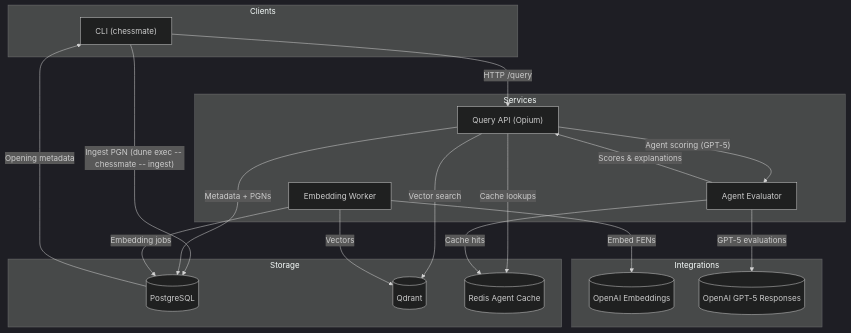
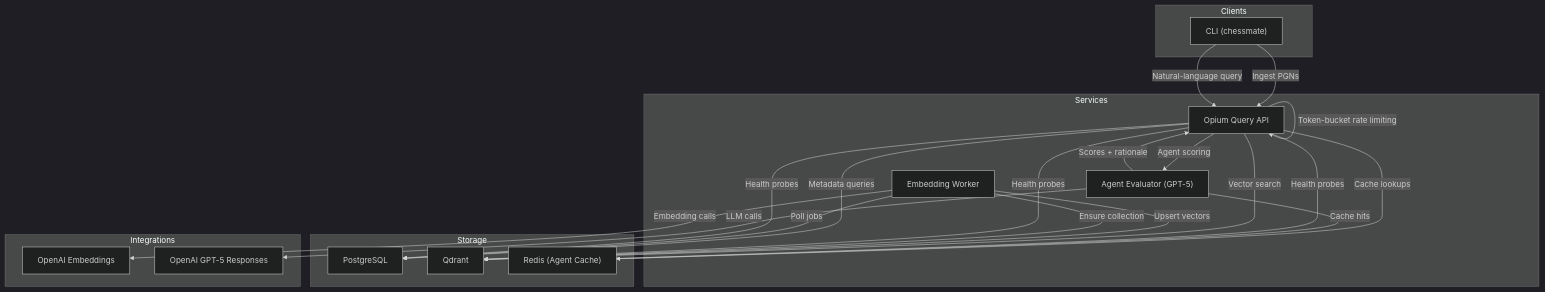
Before and after one commit to HendrikReh/chessmate: the diagram in docs/ARCHITECTURE.md, drawn with Mermaid (dark theme). The commit also changed other lines of this file, not shown here.

Commit message:
docs: refresh architecture overview with modern diagrams and summaries

````diff
--- a/docs/ARCHITECTURE.md
+++ b/docs/ARCHITECTURE.md
@@ -16,37 +23,39 @@
 ```mermaid
 flowchart TD
   subgraph Clients
     CLI["CLI (chessmate)"]
   end
 
   subgraph Services
-    API["Query API (Opium)"]
-    Agent["Agent Evaluator"]
+    API["Opium Query API"]
     Worker["Embedding Worker"]
+    Agent["Agent Evaluator (GPT-5)"]
   end
 
   subgraph Storage
-    PG[("PostgreSQL")]
-    QD[("Qdrant")]
-    Redis[("Redis Agent Cache")]
+    PG["PostgreSQL"]
+    QD["Qdrant"]
+    Redis["Redis (Agent Cache)"]
   end
 
   subgraph Integrations
-    OpenAIEmb[("OpenAI Embeddings")]
-    OpenAIGPT[("OpenAI GPT-5 Responses")]
+    OpenAIEmb["OpenAI Embeddings"]
+    OpenAIGPT["OpenAI GPT-5 Responses"]
   end
 
-  CLI -->|"HTTP /query"| API
-  CLI -->|"Ingest PGN (dune exec -- chessmate -- ingest)"| PG
-  API -->|"Metadata + PGNs"| PG
+  CLI -->|"Ingest PGNs"| API
+  CLI -->|"Natural-language query"| API
+  API -->|"Token-bucket rate limiting"| API
+  API -->|"Metadata queries"| PG
   API -->|"Vector search"| QD
   API -->|"Cache lookups"| Redis
-  API -->|"Agent scoring (GPT-5)"| Agent
+  API -->|"Agent scoring"| Agent
   Agent -->|"Cache hits"| Redis
-  Agent -->|"GPT-5 evaluations"| OpenAIGPT
-  Agent -->|"Scores & explanations"| API
-  Worker -->|"Embedding jobs"| PG
-  Worker -->|"Vectors"| QD
-  Worker -->|"Embed FENs"| OpenAIEmb
-  PG -->|"Opening metadata"| CLI
+  Agent -->|"LLM calls"| OpenAIGPT
+  Agent -->|"Scores + rationale"| API
+  Worker -->|"Poll jobs"| PG
+  Worker -->|"Embedding calls"| OpenAIEmb
+  Worker -->|"Upsert vectors"| QD
+  Worker -->|"Ensure collection"| QD
+  API -->|"Health probes"| PG & QD & Redis
 ```
````
